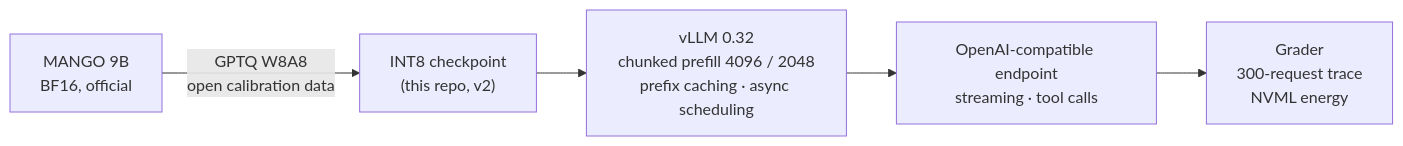
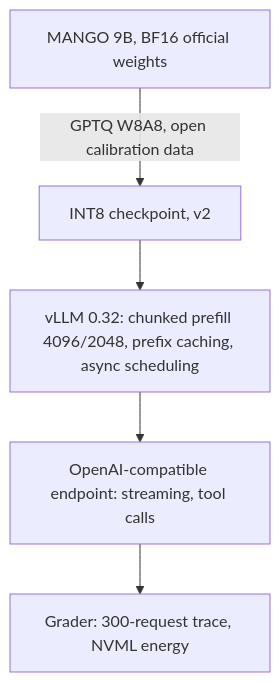
Before and after one commit to chinchinnapat/greenmind-team08: the first of 2 diagrams in README.md, drawn with Mermaid.

Commit message:
Fix pipeline diagram so it renders on GitHub

````diff
--- a/README.md
+++ b/README.md
@@ -34,7 +34,7 @@
 ```mermaid
-flowchart LR
-    A["MANGO 9B<br/>BF16, official"] -->|"GPTQ W8A8<br/>open calibration data"| B["INT8 checkpoint<br/>(this repo, v2)"]
-    B --> C["vLLM 0.32<br/>chunked prefill 4096 / 2048<br/>prefix caching · async scheduling"]
-    C --> D["OpenAI-compatible endpoint<br/>streaming · tool calls"]
-    D --> E["Grader<br/>300-request trace<br/>NVML energy"]
+flowchart TD
+    A["MANGO 9B, BF16 official weights"] -- "GPTQ W8A8, open calibration data" --> B["INT8 checkpoint, v2"]
+    B --> C["vLLM 0.32: chunked prefill 4096/2048, prefix caching, async scheduling"]
+    C --> D["OpenAI-compatible endpoint: streaming, tool calls"]
+    D --> E["Grader: 300-request trace, NVML energy"]
 ```
````
